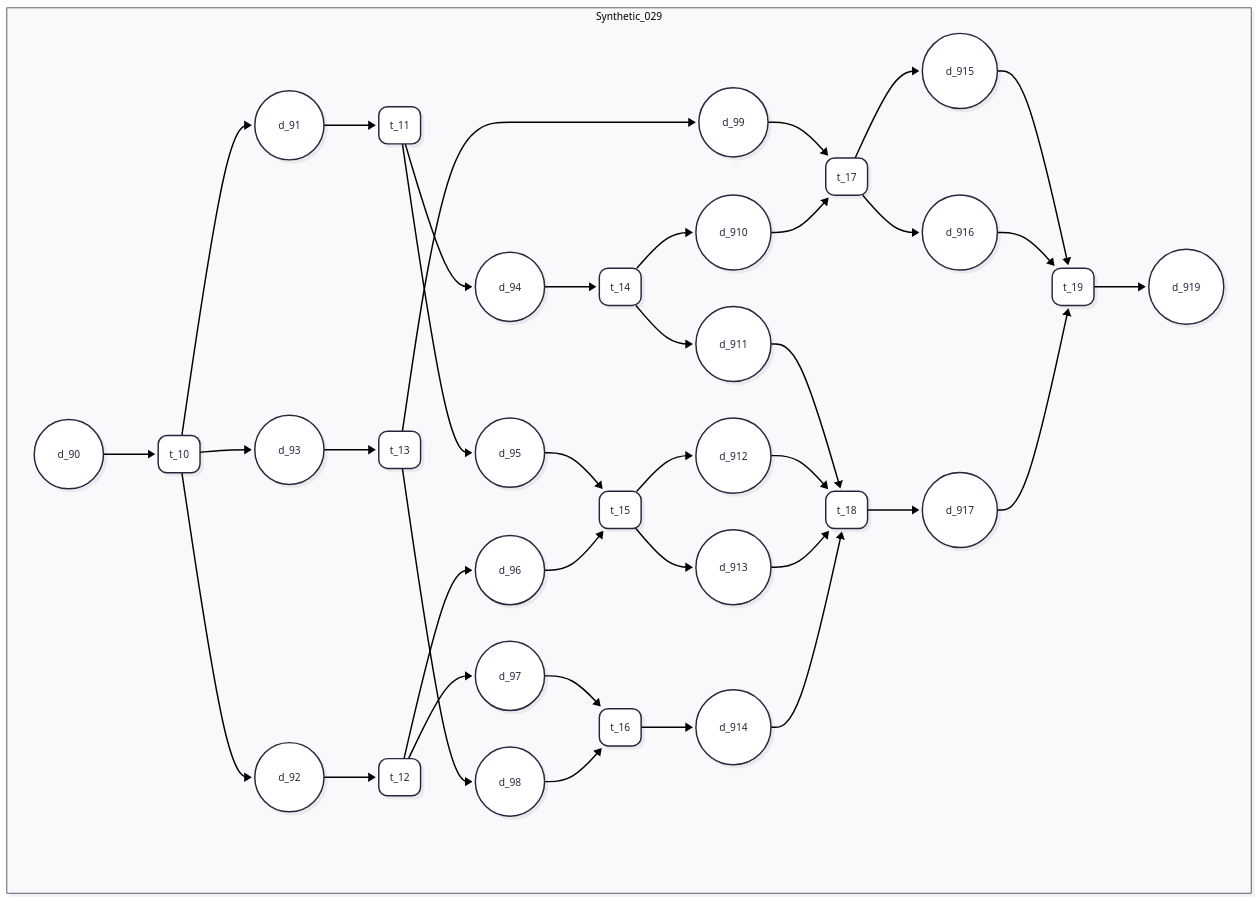
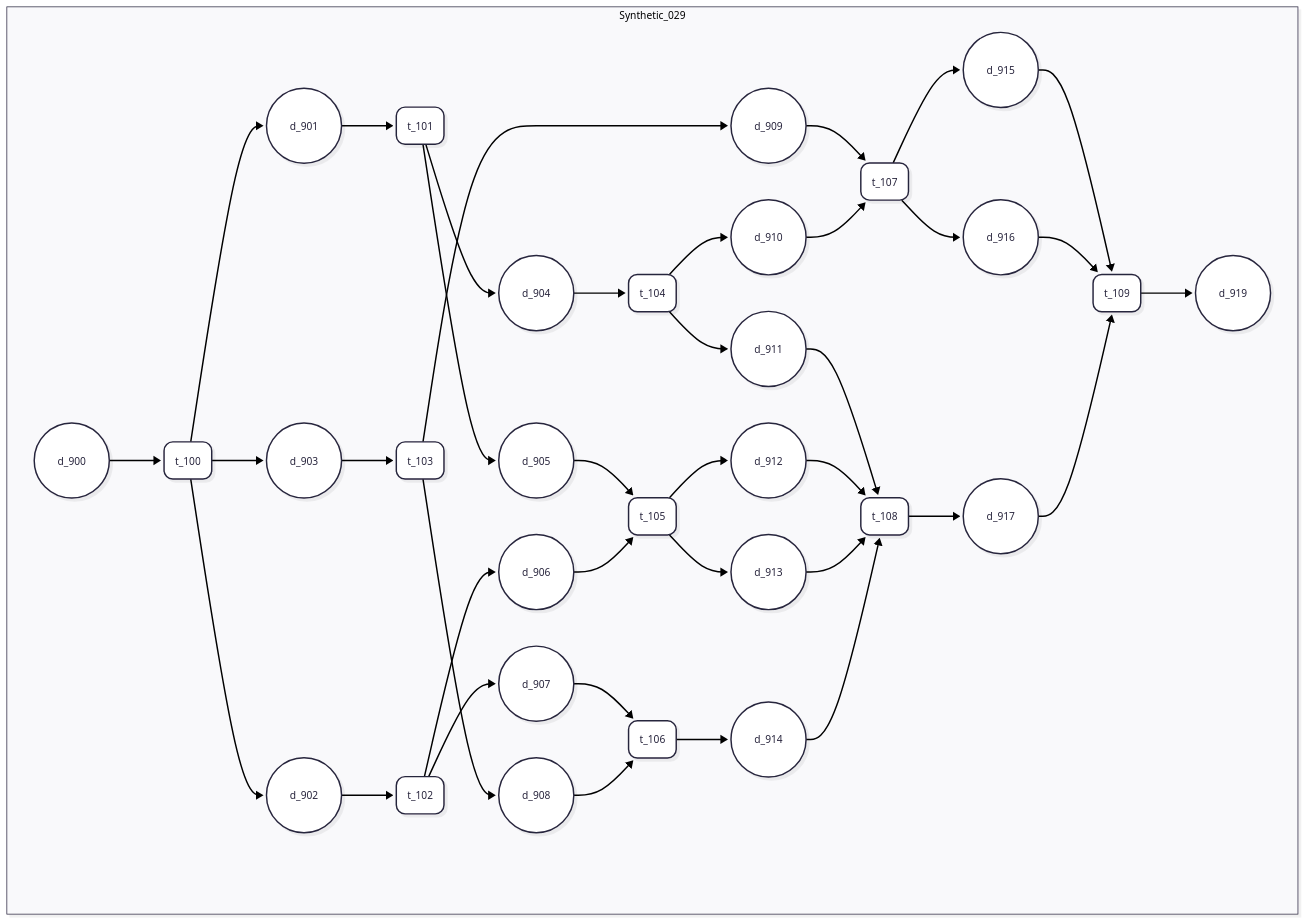
The diagram in resources/data/instance_files/synthetic/synthetic_user_defined/mermaid/Synthetic_029.mermaid (UFFeScience/denethor), drawn with Mermaid before and after one commit. The commit also changed 36 other files, not shown here.

```diff
--- a/resources/data/instance_files/synthetic/synthetic_user_defined/mermaid/Synthetic_029.mermaid
+++ b/resources/data/instance_files/synthetic/synthetic_user_defined/mermaid/Synthetic_029.mermaid
@@ -1,67 +1,69 @@
 ---
 config:
   layout: dagre
   theme: redux
   look: neo
+notes: |
+  PATTERN: Dense Pipeline with Cross-Talk
 ---
 flowchart LR
  subgraph Synthetic_29["Synthetic_029"]
     direction LR
-        S29_d0(("d_90"))
-        S29_d1(("d_91"))
-        S29_d2(("d_92"))
-        S29_d3(("d_93"))
-        S29_d4(("d_94"))
-        S29_d5(("d_95"))
-        S29_d6(("d_96"))
-        S29_d7(("d_97"))
-        S29_d8(("d_98"))
-        S29_d9(("d_99"))
+        S29_d0(("d_900"))
+        S29_d1(("d_901"))
+        S29_d2(("d_902"))
+        S29_d3(("d_903"))
+        S29_d4(("d_904"))
+        S29_d5(("d_905"))
+        S29_d6(("d_906"))
+        S29_d7(("d_907"))
+        S29_d8(("d_908"))
+        S29_d9(("d_909"))
         S29_d10(("d_910"))
         S29_d11(("d_911"))
         S29_d12(("d_912"))
         S29_d13(("d_913"))
         S29_d14(("d_914"))
         S29_d15(("d_915"))
         S29_d16(("d_916"))
         S29_d17(("d_917"))
         S29_d19(("d_919"))
-        S29_t0("t_10")
-        S29_t1("t_11")
-        S29_t2("t_12")
-        S29_t3("t_13")
-        S29_t4("t_14")
-        S29_t5("t_15")
-        S29_t6("t_16")
-        S29_t7("t_17")
-        S29_t8("t_18")
-        S29_t9("t_19")
+        S29_t0("t_100")
+        S29_t1("t_101")
+        S29_t2("t_102")
+        S29_t3("t_103")
+        S29_t4("t_104")
+        S29_t5("t_105")
+        S29_t6("t_106")
+        S29_t7("t_107")
+        S29_t8("t_108")
+        S29_t9("t_109")
   end
     S29_d0 --> S29_t0
     S29_d1 --> S29_t1
     S29_d2 --> S29_t2
     S29_d3 --> S29_t3
     S29_d4 --> S29_t4
     S29_d5 --> S29_t5
     S29_d6 --> S29_t5
     S29_d7 --> S29_t6
     S29_d8 --> S29_t6
     S29_d9 --> S29_t7
     S29_d10 --> S29_t7
     S29_d11 --> S29_t8
     S29_d12 --> S29_t8
     S29_d13 --> S29_t8
     S29_d14 --> S29_t8
     S29_d15 --> S29_t9
     S29_d16 --> S29_t9
     S29_d17 --> S29_t9
     S29_t0 --> S29_d1 & S29_d2 & S29_d3
     S29_t1 --> S29_d4 & S29_d5
     S29_t2 --> S29_d6 & S29_d7
     S29_t3 --> S29_d8 & S29_d9
     S29_t4 --> S29_d10 & S29_d11
     S29_t5 --> S29_d12 & S29_d13
     S29_t6 --> S29_d14
     S29_t7 --> S29_d15 & S29_d16
     S29_t8 --> S29_d17
     S29_t9 --> S29_d19
```
